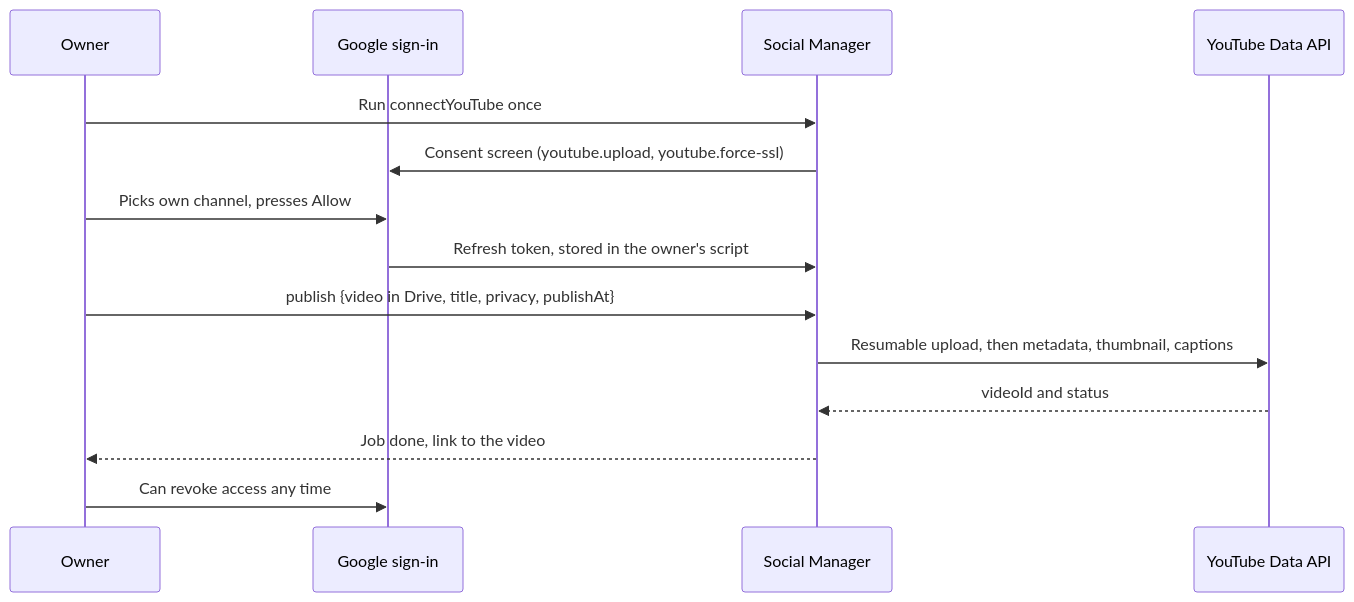
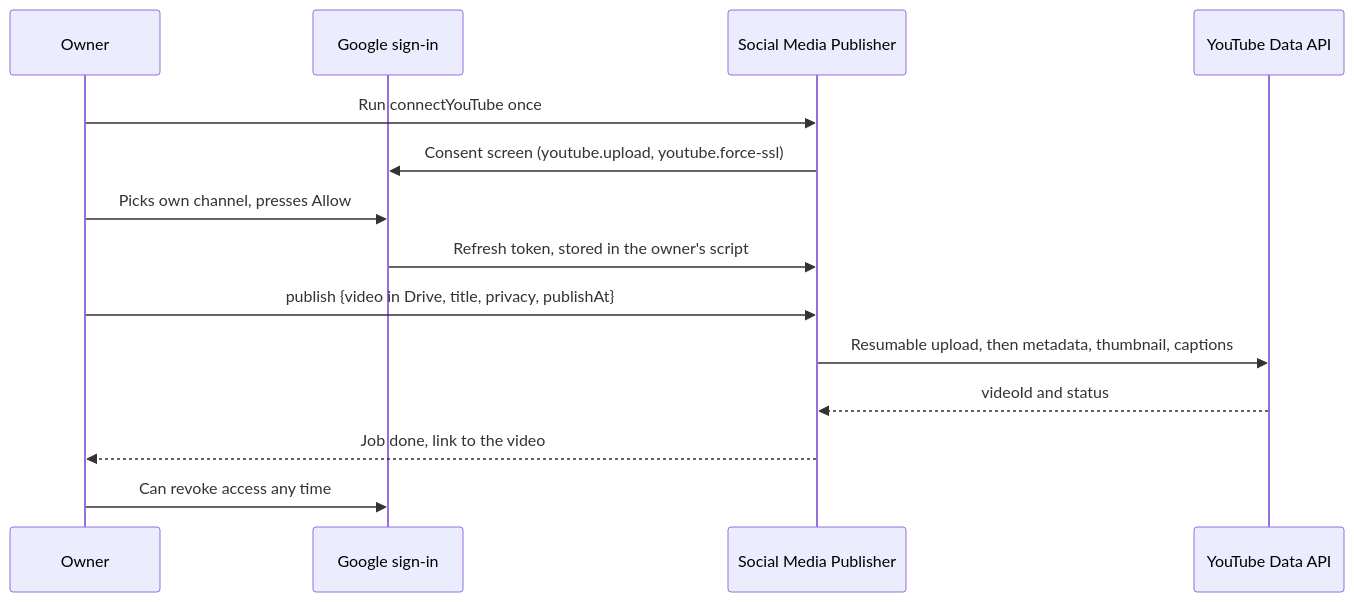
One commit to ravitejakamalapuram/social-manager changed the second of 2 diagrams in docs/ARCHITECTURE.md. Above: the diagram before and after it, drawn with Mermaid. The commit also changed other lines of this file and 14 other files, not shown here.

First line of the commit message:
Rename to Social Media Publisher (repo social-media-publisher) (#27)

````diff
--- a/docs/ARCHITECTURE.md
+++ b/docs/ARCHITECTURE.md
@@ -19,16 +19,16 @@
 ```mermaid
 sequenceDiagram
   participant O as Owner
   participant G as Google sign-in
-  participant S as Social Manager
+  participant S as Social Media Publisher
   participant Y as YouTube Data API
   O->>S: Run connectYouTube once
   S->>G: Consent screen (youtube.upload, youtube.force-ssl)
   O->>G: Picks own channel, presses Allow
   G->>S: Refresh token, stored in the owner's script
   O->>S: publish {video in Drive, title, privacy, publishAt}
   S->>Y: Resumable upload, then metadata, thumbnail, captions
   Y-->>S: videoId and status
   S-->>O: Job done, link to the video
   O->>G: Can revoke access any time
 ```
````
